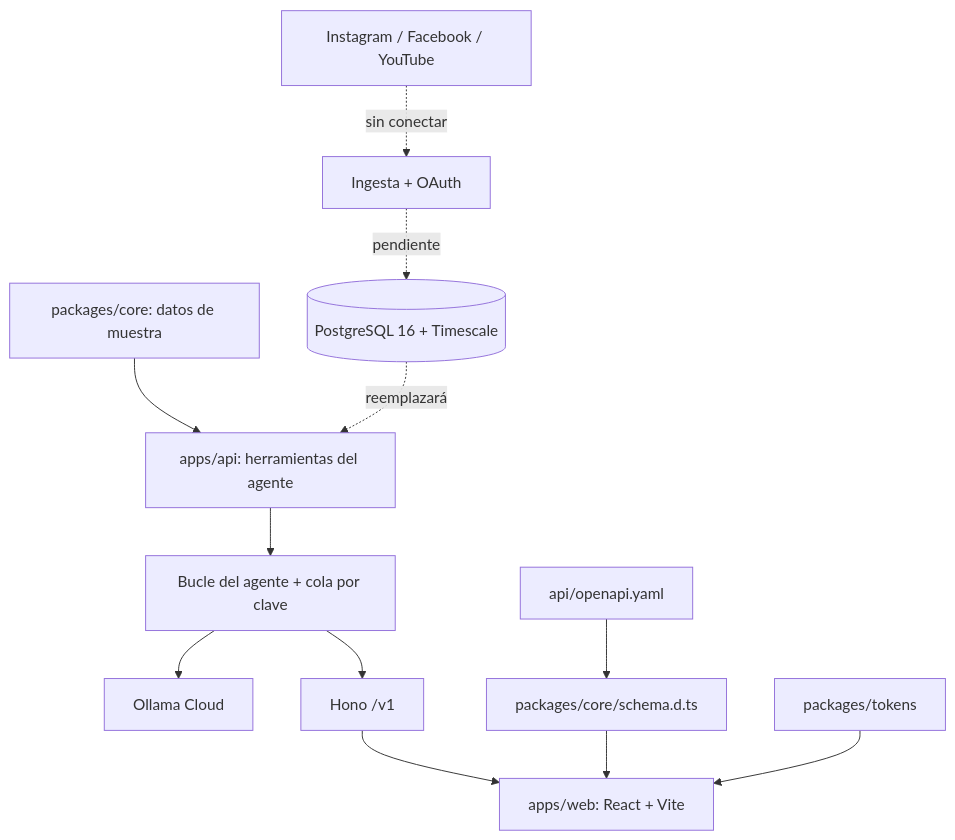
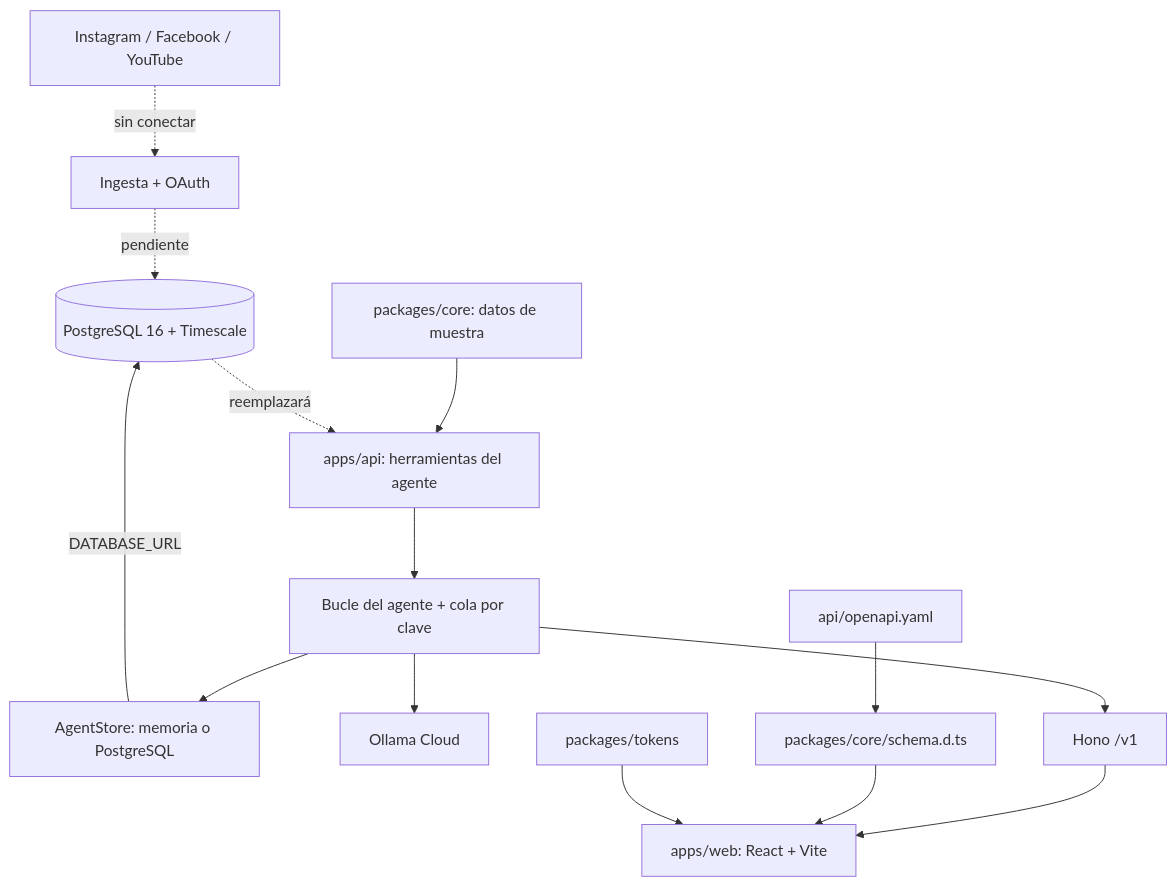
The diagram in PROJECT_MAP.md (Mrbluntec/Agente-Analisis-Social), drawn with Mermaid before and after one commit. The commit also changed other lines of this file and 14 other files, not shown here.

First line of the commit message:
Persistencia del agente en PostgreSQL con DATABASE_URL

````diff
--- a/PROJECT_MAP.md
+++ b/PROJECT_MAP.md
@@ -5,13 +5,15 @@
 ```mermaid
 graph TD
   Redes[Instagram / Facebook / YouTube] -.sin conectar.-> Ingesta[Ingesta + OAuth]
   Ingesta -.pendiente.-> DB[(PostgreSQL 16 + Timescale)]
   Sample[packages/core: datos de muestra] --> Tools[apps/api: herramientas del agente]
   DB -.reemplazará.-> Tools
+  Agente --> Store[AgentStore: memoria o PostgreSQL]
+  Store -->|DATABASE_URL| DB
   Tools --> Agente[Bucle del agente + cola por clave]
   Agente --> Ollama[Ollama Cloud]
   Agente --> API[Hono /v1]
   API --> Web[apps/web: React + Vite]
   Contrato[api/openapi.yaml] --> Tipos[packages/core/schema.d.ts] --> Web
   Tokens[packages/tokens] --> Web
 ```
````
